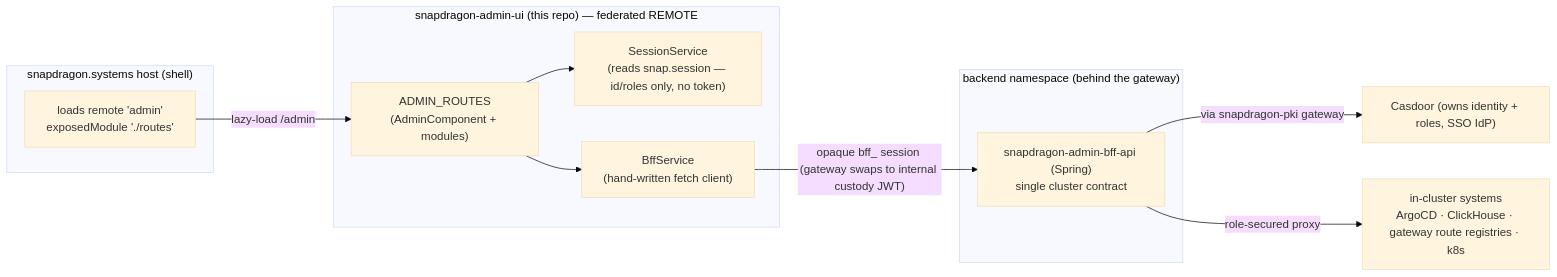
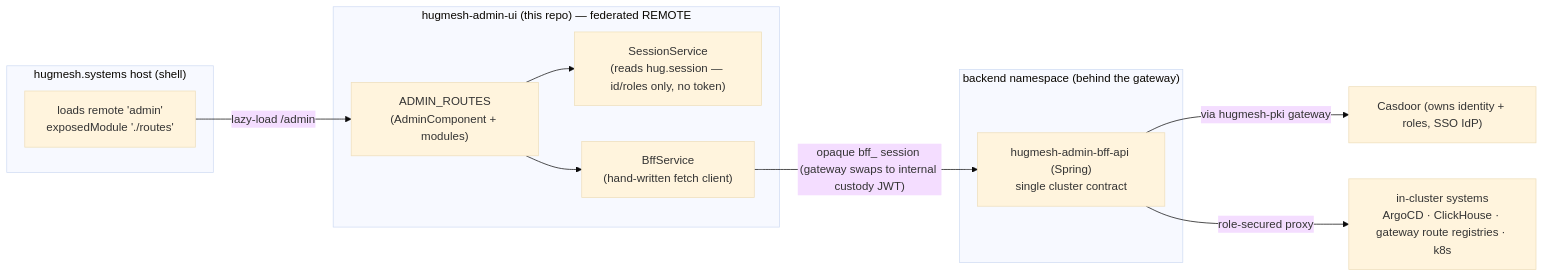
One commit to hugmesh/hugmesh-admin-ui changed the first of 4 diagrams in README.md. Above: the diagram before and after it, drawn with Mermaid (base theme). The commit also changed other lines of this file and 194 other files, not shown here.

First line of the commit message:
rebrand: Snapdragon -> HugMesh (code, docs, UI branding surface)

````diff
--- a/README.md
+++ b/README.md
@@ -20,26 +20,26 @@
 ```mermaid
 flowchart LR
-  subgraph host["snapdragon.systems host (shell)"]
+  subgraph host["hugmesh.systems host (shell)"]
     H["loads remote 'admin'<br/>exposedModule './routes'"]
   end
 
-  subgraph remote["snapdragon-admin-ui (this repo) — federated REMOTE"]
+  subgraph remote["hugmesh-admin-ui (this repo) — federated REMOTE"]
     UI["ADMIN_ROUTES<br/>(AdminComponent + modules)"]
-    SS["SessionService<br/>(reads snap.session — id/roles only, no token)"]
+    SS["SessionService<br/>(reads hug.session — id/roles only, no token)"]
     BS["BffService<br/>(hand-written fetch client)"]
   end
 
   subgraph backend["backend namespace (behind the gateway)"]
-    BFF["snapdragon-admin-bff-api (Spring)<br/>single cluster contract"]
+    BFF["hugmesh-admin-bff-api (Spring)<br/>single cluster contract"]
   end
 
   CAS["Casdoor (owns identity + roles, SSO IdP)"]
   CLUSTER["in-cluster systems<br/>ArgoCD · ClickHouse · gateway route registries · k8s"]
 
   H -->|"lazy-load /admin"| UI
   UI --> SS
   UI --> BS
   BS -->|"opaque bff_ session (gateway swaps to internal custody JWT)"| BFF
-  BFF -->|"via snapdragon-pki gateway"| CAS
+  BFF -->|"via hugmesh-pki gateway"| CAS
   BFF -->|"role-secured proxy"| CLUSTER
 ```
````
